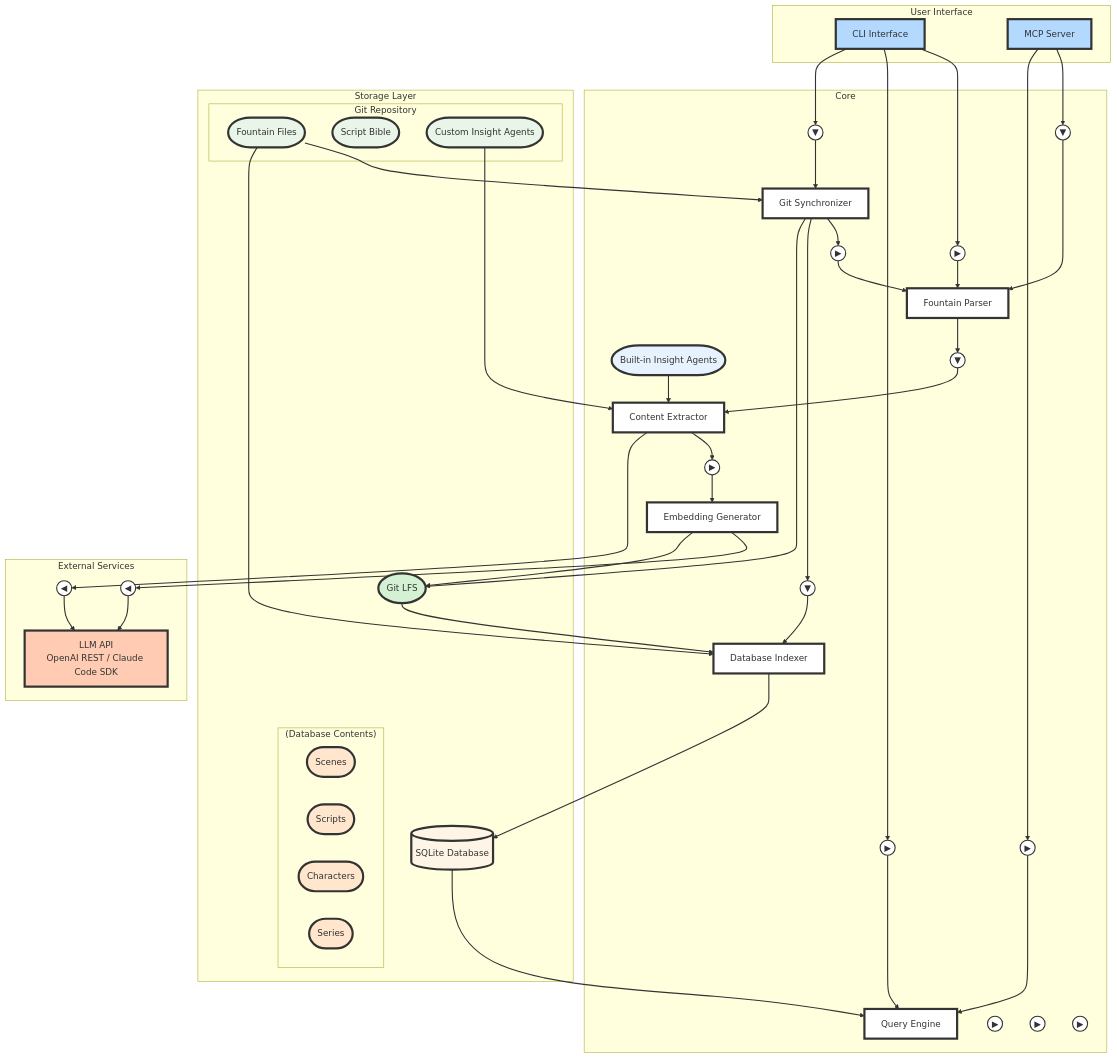
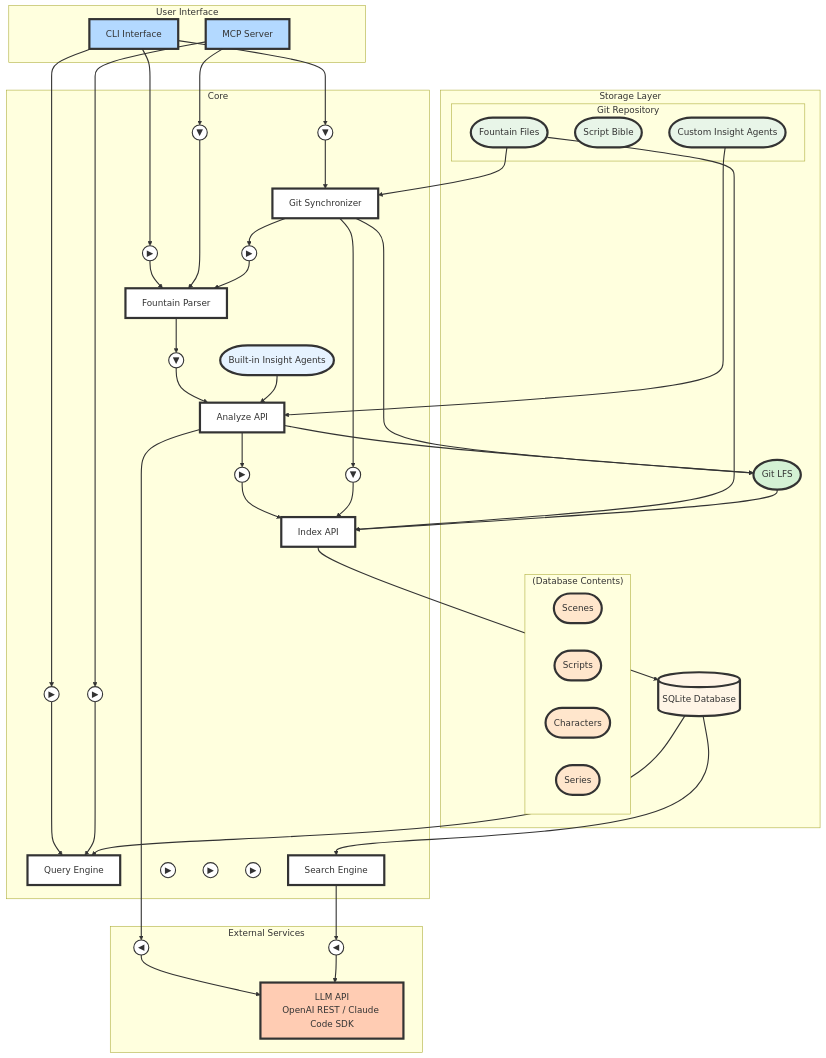
One commit to trieloff/scriptrag changed the first of 4 diagrams in ARCHITECTURE.md. Above: the diagram before and after it, drawn with Mermaid. The commit also changed other lines of this file and 6 other files, not shown here.

First line of the commit message:
refactor(architecture): rename Content Extractor and Embedding Generator to Analyze API and Index API

```diff
--- a/ARCHITECTURE.md
+++ b/ARCHITECTURE.md
@@ -17,11 +17,11 @@
 
     subgraph "Core"
         FP[Fountain Parser]
-        CE[Content Extractor]
-        EG[Embedding Generator]
+        AA[Analyze API]
+        IA[Index API]
         GS[Git Synchronizer]
-        DI[Database Indexer]
         QE[Query Engine]
+        SE[Search Engine]
         BIA(Built-in Insight Agents)
 
         %% Channels (circles with triangles)
@@ -79,37 +79,38 @@
     GS --> ch4
     ch4 --> FP
     FP --> ch5
-    ch5 --> CE
-    CE --> ch6
-    ch6 --> EG
+    ch5 --> AA
+    AA --> ch6
+    ch6 --> IA
     GS --> ch7
-    ch7 --> DI
+    ch7 --> IA
 
     %% Actor to LLM channels
-    CE --> ch_llm1
+    AA --> ch_llm1
     ch_llm1 --> LLM
-    EG --> ch_llm2
+    SE --> ch_llm2
     ch_llm2 --> LLM
 
     %% Actor to Place connections (no channels needed)
     FF --> GS
     GS --> LFS
-    BIA --> CE
-    CIA --> CE
-    EG --> LFS
-    DI --> DB
-    FF --> DI
-    LFS --> DI
+    BIA --> AA
+    CIA --> AA
+    AA --> LFS
+    IA --> DB
+    FF --> IA
+    LFS --> IA
     DB --> QE
+    DB --> SE
 
     %% Actor styling (rectangular boxes)
     style CLI fill:#b3d9ff,stroke:#333,stroke-width:4px
     style MCP fill:#b3d9ff,stroke:#333,stroke-width:4px
     style FP fill:#fff,stroke:#333,stroke-width:4px
-    style CE fill:#fff,stroke:#333,stroke-width:4px
-    style EG fill:#fff,stroke:#333,stroke-width:4px
+    style AA fill:#fff,stroke:#333,stroke-width:4px
+    style IA fill:#fff,stroke:#333,stroke-width:4px
     style GS fill:#fff,stroke:#333,stroke-width:4px
-    style DI fill:#fff,stroke:#333,stroke-width:4px
+    style SE fill:#fff,stroke:#333,stroke-width:4px
     style QE fill:#fff,stroke:#333,stroke-width:4px
     style LLM fill:#ffccb3,stroke:#333,stroke-width:4px
 
```
